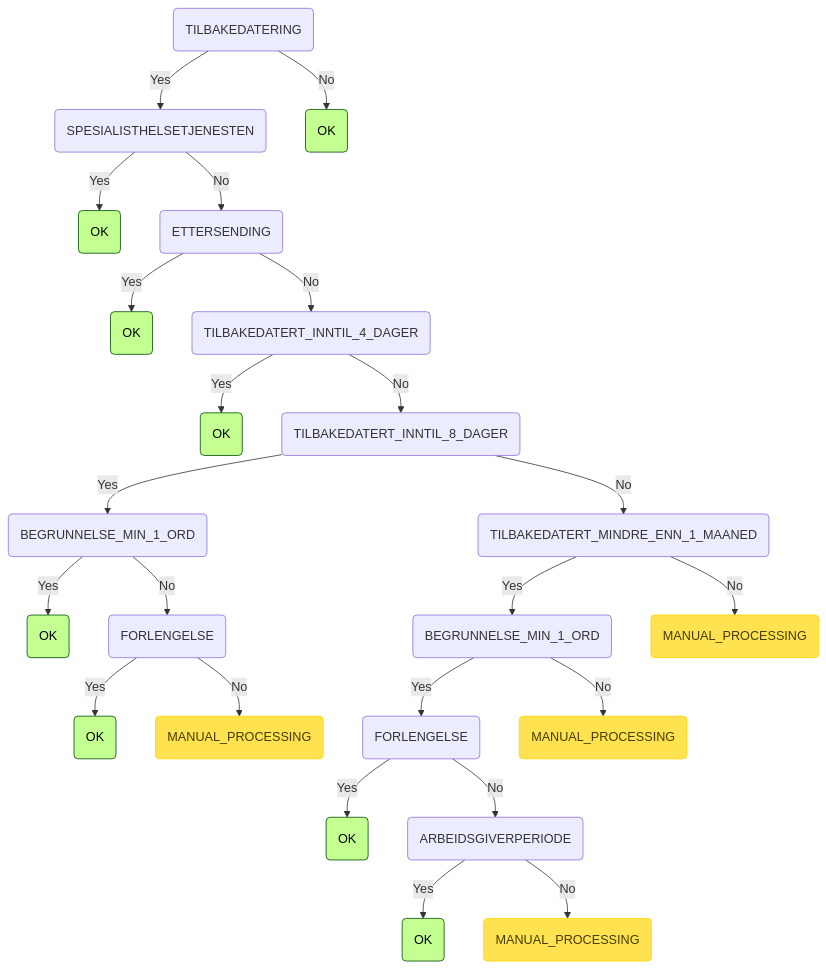
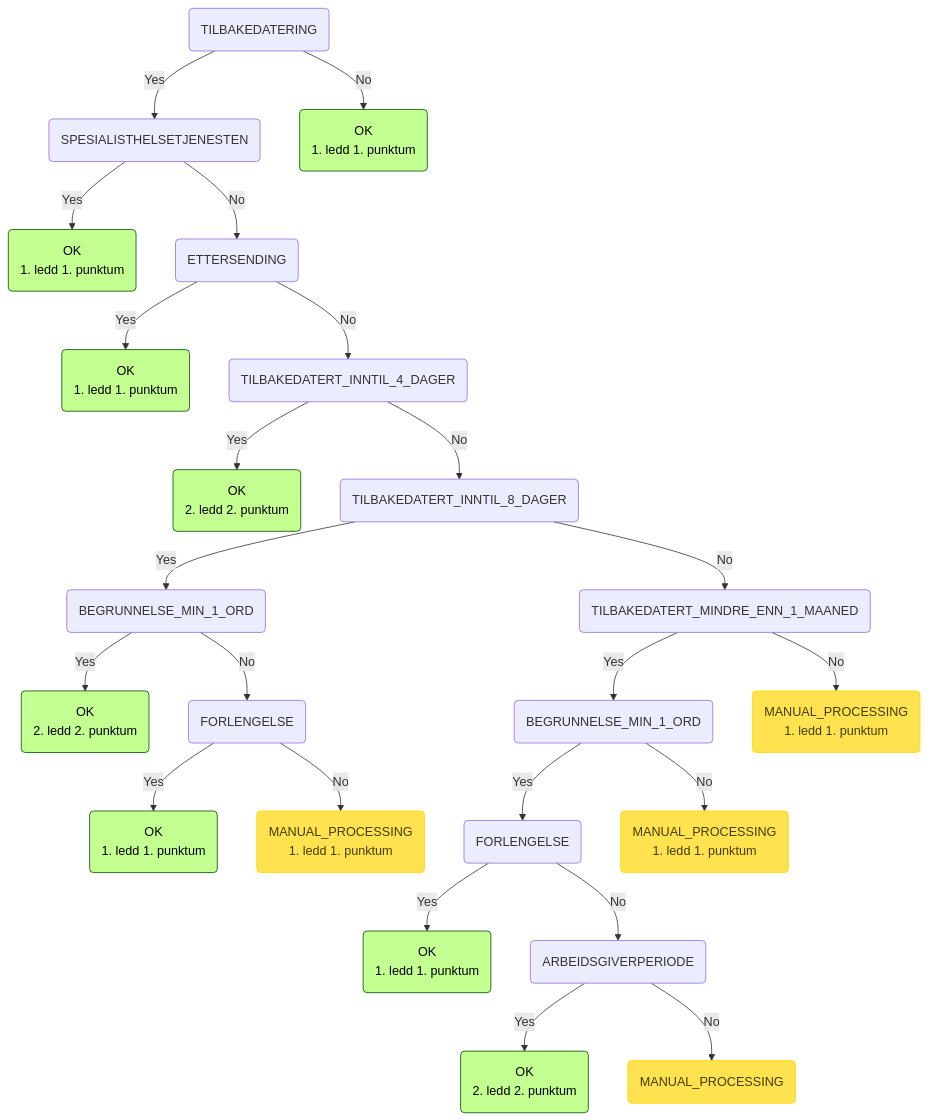
The eighth of 8 diagrams in README.md (navikt/syfosmpapirregler), drawn with Mermaid before and after one commit. The commit also changed other lines of this file and 1 other file, not shown here.

Commit message:
chore: update mermaid

````diff
--- a/README.md
+++ b/README.md
@@ -233,28 +247,35 @@
 ```mermaid
 graph TD
     root(TILBAKEDATERING) -->|Yes| root_TILBAKEDATERING_SPESIALISTHELSETJENESTEN(SPESIALISTHELSETJENESTEN)
-    root_TILBAKEDATERING_SPESIALISTHELSETJENESTEN(SPESIALISTHELSETJENESTEN) -->|Yes| root_TILBAKEDATERING_SPESIALISTHELSETJENESTEN_OK(OK):::ok
+    root_TILBAKEDATERING_SPESIALISTHELSETJENESTEN(SPESIALISTHELSETJENESTEN) -->|Yes| root_TILBAKEDATERING_SPESIALISTHELSETJENESTEN_OK(OK
+1. ledd 1. punktum):::ok
     root_TILBAKEDATERING_SPESIALISTHELSETJENESTEN(SPESIALISTHELSETJENESTEN) -->|No| root_TILBAKEDATERING_SPESIALISTHELSETJENESTEN_ETTERSENDING(ETTERSENDING)
-    root_TILBAKEDATERING_SPESIALISTHELSETJENESTEN_ETTERSENDING(ETTERSENDING) -->|Yes| root_TILBAKEDATERING_SPESIALISTHELSETJENESTEN_ETTERSENDING_OK(OK):::ok
+    root_TILBAKEDATERING_SPESIALISTHELSETJENESTEN_ETTERSENDING(ETTERSENDING) -->|Yes| root_TILBAKEDATERING_SPESIALISTHELSETJENESTEN_ETTERSENDING_OK(OK
+1. ledd 1. punktum):::ok
     root_TILBAKEDATERING_SPESIALISTHELSETJENESTEN_ETTERSENDING(ETTERSENDING) -->|No| root_TILBAKEDATERING_SPESIALISTHELSETJENESTEN_ETTERSENDING_TILBAKEDATERT_INNTIL_4_DAGER(TILBAKEDATERT_INNTIL_4_DAGER)
-    root_TILBAKEDATERING_SPESIALISTHELSETJENESTEN_ETTERSENDING_TILBAKEDATERT_INNTIL_4_DAGER(TILBAKEDATERT_INNTIL_4_DAGER) -->|Yes| root_TILBAKEDATERING_SPESIALISTHELSETJENESTEN_ETTERSENDING_TILBAKEDATERT_INNTIL_4_DAGER_OK(OK):::ok
+    root_TILBAKEDATERING_SPESIALISTHELSETJENESTEN_ETTERSENDING_TILBAKEDATERT_INNTIL_4_DAGER(TILBAKEDATERT_INNTIL_4_DAGER) -->|Yes| root_TILBAKEDATERING_SPESIALISTHELSETJENESTEN_ETTERSENDING_TILBAKEDATERT_INNTIL_4_DAGER_OK(OK
+2. ledd 2. punktum):::ok
     root_TILBAKEDATERING_SPESIALISTHELSETJENESTEN_ETTERSENDING_TILBAKEDATERT_INNTIL_4_DAGER(TILBAKEDATERT_INNTIL_4_DAGER) -->|No| root_TILBAKEDATERING_SPESIALISTHELSETJENESTEN_ETTERSENDING_TILBAKEDATERT_INNTIL_4_DAGER_TILBAKEDATERT_INNTIL_8_DAGER(TILBAKEDATERT_INNTIL_8_DAGER)
     root_TILBAKEDATERING_SPESIALISTHELSETJENESTEN_ETTERSENDING_TILBAKEDATERT_INNTIL_4_DAGER_TILBAKEDATERT_INNTIL_8_DAGER(TILBAKEDATERT_INNTIL_8_DAGER) -->|Yes| root_TILBAKEDATERING_SPESIALISTHELSETJENESTEN_ETTERSENDING_TILBAKEDATERT_INNTIL_4_DAGER_TILBAKEDATERT_INNTIL_8_DAGER_BEGRUNNELSE_MIN_1_ORD(BEGRUNNELSE_MIN_1_ORD)
-    root_TILBAKEDATERING_SPESIALISTHELSETJENESTEN_ETTERSENDING_TILBAKEDATERT_INNTIL_4_DAGER_TILBAKEDATERT_INNTIL_8_DAGER_BEGRUNNELSE_MIN_1_ORD(BEGRUNNELSE_MIN_1_ORD) -->|Yes| root_TILBAKEDATERING_SPESIALISTHELSETJENESTEN_ETTERSENDING_TILBAKEDATERT_INNTIL_4_DAGER_TILBAKEDATERT_INNTIL_8_DAGER_BEGRUNNELSE_MIN_1_ORD_OK(OK):::ok
+    root_TILBAKEDATERING_SPESIALISTHELSETJENESTEN_ETTERSENDING_TILBAKEDATERT_INNTIL_4_DAGER_TILBAKEDATERT_INNTIL_8_DAGER_BEGRUNNELSE_MIN_1_ORD(BEGRUNNELSE_MIN_1_ORD) -->|Yes| root_TILBAKEDATERING_SPESIALISTHELSETJENESTEN_ETTERSENDING_TILBAKEDATERT_INNTIL_4_DAGER_TILBAKEDATERT_INNTIL_8_DAGER_BEGRUNNELSE_MIN_1_ORD_OK(OK
+2. ledd 2. punktum):::ok
     root_TILBAKEDATERING_SPESIALISTHELSETJENESTEN_ETTERSENDING_TILBAKEDATERT_INNTIL_4_DAGER_TILBAKEDATERT_INNTIL_8_DAGER_BEGRUNNELSE_MIN_1_ORD(BEGRUNNELSE_MIN_1_ORD) -->|No| root_TILBAKEDATERING_SPESIALISTHELSETJENESTEN_ETTERSENDING_TILBAKEDATERT_INNTIL_4_DAGER_TILBAKEDATERT_INNTIL_8_DAGER_BEGRUNNELSE_MIN_1_ORD_FORLENGELSE(FORLENGELSE)
-    root_TILBAKEDATERING_SPESIALISTHELSETJENESTEN_ETTERSENDING_TILBAKEDATERT_INNTIL_4_DAGER_TILBAKEDATERT_INNTIL_8_DAGER_BEGRUNNELSE_MIN_1_ORD_FORLENGELSE(FORLENGELSE) -->|Yes| root_TILBAKEDATERING_SPESIALISTHELSETJENESTEN_ETTERSENDING_TILBAKEDATERT_INNTIL_4_DAGER_TILBAKEDATERT_INNTIL_8_DAGER_BEGRUNNELSE_MIN_1_ORD_FORLENGELSE_OK(OK):::ok
-    root_TILBAKEDATERING_SPESIALISTHELSETJENESTEN_ETTERSENDING_TILBAKEDATERT_INNTIL_4_DAGER_TILBAKEDATERT_INNTIL_8_DAGER_BEGRUNNELSE_MIN_1_ORD_FORLENGELSE(FORLENGELSE) -->|No| root_TILBAKEDATERING_SPESIALISTHELSETJENESTEN_ETTERSENDING_TILBAKEDATERT_INNTIL_4_DAGER_TILBAKEDATERT_INNTIL_8_DAGER_BEGRUNNELSE_MIN_1_ORD_FORLENGELSE_MANUAL_PROCESSING(MANUAL_PROCESSING):::manuell
+    root_TILBAKEDATERING_SPESIALISTHELSETJENESTEN_ETTERSENDING_TILBAKEDATERT_INNTIL_4_DAGER_TILBAKEDATERT_INNTIL_8_DAGER_BEGRUNNELSE_MIN_1_ORD_FORLENGELSE(FORLENGELSE) -->|Yes| root_TILBAKEDATERING_SPESIALISTHELSETJENESTEN_ETTERSENDING_TILBAKEDATERT_INNTIL_4_DAGER_TILBAKEDATERT_INNTIL_8_DAGER_BEGRUNNELSE_MIN_1_ORD_FORLENGELSE_OK(OK
+1. ledd 1. punktum):::ok
+    root_TILBAKEDATERING_SPESIALISTHELSETJENESTEN_ETTERSENDING_TILBAKEDATERT_INNTIL_4_DAGER_TILBAKEDATERT_INNTIL_8_DAGER_BEGRUNNELSE_MIN_1_ORD_FORLENGELSE(FORLENGELSE) -->|No| root_TILBAKEDATERING_SPESIALISTHELSETJENESTEN_ETTERSENDING_TILBAKEDATERT_INNTIL_4_DAGER_TILBAKEDATERT_INNTIL_8_DAGER_BEGRUNNELSE_MIN_1_ORD_FORLENGELSE_MANUAL_PROCESSING(MANUAL_PROCESSING <br/>1. ledd 1. punktum):::manuell
     root_TILBAKEDATERING_SPESIALISTHELSETJENESTEN_ETTERSENDING_TILBAKEDATERT_INNTIL_4_DAGER_TILBAKEDATERT_INNTIL_8_DAGER(TILBAKEDATERT_INNTIL_8_DAGER) -->|No| root_TILBAKEDATERING_SPESIALISTHELSETJENESTEN_ETTERSENDING_TILBAKEDATERT_INNTIL_4_DAGER_TILBAKEDATERT_INNTIL_8_DAGER_TILBAKEDATERT_MINDRE_ENN_1_MAANED(TILBAKEDATERT_MINDRE_ENN_1_MAANED)
     root_TILBAKEDATERING_SPESIALISTHELSETJENESTEN_ETTERSENDING_TILBAKEDATERT_INNTIL_4_DAGER_TILBAKEDATERT_INNTIL_8_DAGER_TILBAKEDATERT_MINDRE_ENN_1_MAANED(TILBAKEDATERT_MINDRE_ENN_1_MAANED) -->|Yes| root_TILBAKEDATERING_SPESIALISTHELSETJENESTEN_ETTERSENDING_TILBAKEDATERT_INNTIL_4_DAGER_TILBAKEDATERT_INNTIL_8_DAGER_TILBAKEDATERT_MINDRE_ENN_1_MAANED_BEGRUNNELSE_MIN_1_ORD(BEGRUNNELSE_MIN_1_ORD)
     root_TILBAKEDATERING_SPESIALISTHELSETJENESTEN_ETTERSENDING_TILBAKEDATERT_INNTIL_4_DAGER_TILBAKEDATERT_INNTIL_8_DAGER_TILBAKEDATERT_MINDRE_ENN_1_MAANED_BEGRUNNELSE_MIN_1_ORD(BEGRUNNELSE_MIN_1_ORD) -->|Yes| root_TILBAKEDATERING_SPESIALISTHELSETJENESTEN_ETTERSENDING_TILBAKEDATERT_INNTIL_4_DAGER_TILBAKEDATERT_INNTIL_8_DAGER_TILBAKEDATERT_MINDRE_ENN_1_MAANED_BEGRUNNELSE_MIN_1_ORD_FORLENGELSE(FORLENGELSE)
-    root_TILBAKEDATERING_SPESIALISTHELSETJENESTEN_ETTERSENDING_TILBAKEDATERT_INNTIL_4_DAGER_TILBAKEDATERT_INNTIL_8_DAGER_TILBAKEDATERT_MINDRE_ENN_1_MAANED_BEGRUNNELSE_MIN_1_ORD_FORLENGELSE(FORLENGELSE) -->|Yes| root_TILBAKEDATERING_SPESIALISTHELSETJENESTEN_ETTERSENDING_TILBAKEDATERT_INNTIL_4_DAGER_TILBAKEDATERT_INNTIL_8_DAGER_TILBAKEDATERT_MINDRE_ENN_1_MAANED_BEGRUNNELSE_MIN_1_ORD_FORLENGELSE_OK(OK):::ok
+    root_TILBAKEDATERING_SPESIALISTHELSETJENESTEN_ETTERSENDING_TILBAKEDATERT_INNTIL_4_DAGER_TILBAKEDATERT_INNTIL_8_DAGER_TILBAKEDATERT_MINDRE_ENN_1_MAANED_BEGRUNNELSE_MIN_1_ORD_FORLENGELSE(FORLENGELSE) -->|Yes| root_TILBAKEDATERING_SPESIALISTHELSETJENESTEN_ETTERSENDING_TILBAKEDATERT_INNTIL_4_DAGER_TILBAKEDATERT_INNTIL_8_DAGER_TILBAKEDATERT_MINDRE_ENN_1_MAANED_BEGRUNNELSE_MIN_1_ORD_FORLENGELSE_OK(OK
+1. ledd 1. punktum):::ok
     root_TILBAKEDATERING_SPESIALISTHELSETJENESTEN_ETTERSENDING_TILBAKEDATERT_INNTIL_4_DAGER_TILBAKEDATERT_INNTIL_8_DAGER_TILBAKEDATERT_MINDRE_ENN_1_MAANED_BEGRUNNELSE_MIN_1_ORD_FORLENGELSE(FORLENGELSE) -->|No| root_TILBAKEDATERING_SPESIALISTHELSETJENESTEN_ETTERSENDING_TILBAKEDATERT_INNTIL_4_DAGER_TILBAKEDATERT_INNTIL_8_DAGER_TILBAKEDATERT_MINDRE_ENN_1_MAANED_BEGRUNNELSE_MIN_1_ORD_FORLENGELSE_ARBEIDSGIVERPERIODE(ARBEIDSGIVERPERIODE)
-    root_TILBAKEDATERING_SPESIALISTHELSETJENESTEN_ETTERSENDING_TILBAKEDATERT_INNTIL_4_DAGER_TILBAKEDATERT_INNTIL_8_DAGER_TILBAKEDATERT_MINDRE_ENN_1_MAANED_BEGRUNNELSE_MIN_1_ORD_FORLENGELSE_ARBEIDSGIVERPERIODE(ARBEIDSGIVERPERIODE) -->|Yes| root_TILBAKEDATERING_SPESIALISTHELSETJENESTEN_ETTERSENDING_TILBAKEDATERT_INNTIL_4_DAGER_TILBAKEDATERT_INNTIL_8_DAGER_TILBAKEDATERT_MINDRE_ENN_1_MAANED_BEGRUNNELSE_MIN_1_ORD_FORLENGELSE_ARBEIDSGIVERPERIODE_OK(OK):::ok
-    root_TILBAKEDATERING_SPESIALISTHELSETJENESTEN_ETTERSENDING_TILBAKEDATERT_INNTIL_4_DAGER_TILBAKEDATERT_INNTIL_8_DAGER_TILBAKEDATERT_MINDRE_ENN_1_MAANED_BEGRUNNELSE_MIN_1_ORD_FORLENGELSE_ARBEIDSGIVERPERIODE(ARBEIDSGIVERPERIODE) -->|No| root_TILBAKEDATERING_SPESIALISTHELSETJENESTEN_ETTERSENDING_TILBAKEDATERT_INNTIL_4_DAGER_TILBAKEDATERT_INNTIL_8_DAGER_TILBAKEDATERT_MINDRE_ENN_1_MAANED_BEGRUNNELSE_MIN_1_ORD_FORLENGELSE_ARBEIDSGIVERPERIODE_MANUAL_PROCESSING(MANUAL_PROCESSING):::manuell
-    root_TILBAKEDATERING_SPESIALISTHELSETJENESTEN_ETTERSENDING_TILBAKEDATERT_INNTIL_4_DAGER_TILBAKEDATERT_INNTIL_8_DAGER_TILBAKEDATERT_MINDRE_ENN_1_MAANED_BEGRUNNELSE_MIN_1_ORD(BEGRUNNELSE_MIN_1_ORD) -->|No| root_TILBAKEDATERING_SPESIALISTHELSETJENESTEN_ETTERSENDING_TILBAKEDATERT_INNTIL_4_DAGER_TILBAKEDATERT_INNTIL_8_DAGER_TILBAKEDATERT_MINDRE_ENN_1_MAANED_BEGRUNNELSE_MIN_1_ORD_MANUAL_PROCESSING(MANUAL_PROCESSING):::manuell
-    root_TILBAKEDATERING_SPESIALISTHELSETJENESTEN_ETTERSENDING_TILBAKEDATERT_INNTIL_4_DAGER_TILBAKEDATERT_INNTIL_8_DAGER_TILBAKEDATERT_MINDRE_ENN_1_MAANED(TILBAKEDATERT_MINDRE_ENN_1_MAANED) -->|No| root_TILBAKEDATERING_SPESIALISTHELSETJENESTEN_ETTERSENDING_TILBAKEDATERT_INNTIL_4_DAGER_TILBAKEDATERT_INNTIL_8_DAGER_TILBAKEDATERT_MINDRE_ENN_1_MAANED_MANUAL_PROCESSING(MANUAL_PROCESSING):::manuell
-    root(TILBAKEDATERING) -->|No| root_TILBAKEDATERING_OK(OK):::ok
+    root_TILBAKEDATERING_SPESIALISTHELSETJENESTEN_ETTERSENDING_TILBAKEDATERT_INNTIL_4_DAGER_TILBAKEDATERT_INNTIL_8_DAGER_TILBAKEDATERT_MINDRE_ENN_1_MAANED_BEGRUNNELSE_MIN_1_ORD_FORLENGELSE_ARBEIDSGIVERPERIODE(ARBEIDSGIVERPERIODE) -->|Yes| root_TILBAKEDATERING_SPESIALISTHELSETJENESTEN_ETTERSENDING_TILBAKEDATERT_INNTIL_4_DAGER_TILBAKEDATERT_INNTIL_8_DAGER_TILBAKEDATERT_MINDRE_ENN_1_MAANED_BEGRUNNELSE_MIN_1_ORD_FORLENGELSE_ARBEIDSGIVERPERIODE_OK(OK
+2. ledd 2. punktum):::ok
+    root_TILBAKEDATERING_SPESIALISTHELSETJENESTEN_ETTERSENDING_TILBAKEDATERT_INNTIL_4_DAGER_TILBAKEDATERT_INNTIL_8_DAGER_TILBAKEDATERT_MINDRE_ENN_1_MAANED_BEGRUNNELSE_MIN_1_ORD_FORLENGELSE_ARBEIDSGIVERPERIODE(ARBEIDSGIVERPERIODE) -->|No| root_TILBAKEDATERING_SPESIALISTHELSETJENESTEN_ETTERSENDING_TILBAKEDATERT_INNTIL_4_DAGER_TILBAKEDATERT_INNTIL_8_DAGER_TILBAKEDATERT_MINDRE_ENN_1_MAANED_BEGRUNNELSE_MIN_1_ORD_FORLENGELSE_ARBEIDSGIVERPERIODE_MANUAL_PROCESSING(MANUAL_PROCESSING <br/>):::manuell
+    root_TILBAKEDATERING_SPESIALISTHELSETJENESTEN_ETTERSENDING_TILBAKEDATERT_INNTIL_4_DAGER_TILBAKEDATERT_INNTIL_8_DAGER_TILBAKEDATERT_MINDRE_ENN_1_MAANED_BEGRUNNELSE_MIN_1_ORD(BEGRUNNELSE_MIN_1_ORD) -->|No| root_TILBAKEDATERING_SPESIALISTHELSETJENESTEN_ETTERSENDING_TILBAKEDATERT_INNTIL_4_DAGER_TILBAKEDATERT_INNTIL_8_DAGER_TILBAKEDATERT_MINDRE_ENN_1_MAANED_BEGRUNNELSE_MIN_1_ORD_MANUAL_PROCESSING(MANUAL_PROCESSING <br/>1. ledd 1. punktum):::manuell
+    root_TILBAKEDATERING_SPESIALISTHELSETJENESTEN_ETTERSENDING_TILBAKEDATERT_INNTIL_4_DAGER_TILBAKEDATERT_INNTIL_8_DAGER_TILBAKEDATERT_MINDRE_ENN_1_MAANED(TILBAKEDATERT_MINDRE_ENN_1_MAANED) -->|No| root_TILBAKEDATERING_SPESIALISTHELSETJENESTEN_ETTERSENDING_TILBAKEDATERT_INNTIL_4_DAGER_TILBAKEDATERT_INNTIL_8_DAGER_TILBAKEDATERT_MINDRE_ENN_1_MAANED_MANUAL_PROCESSING(MANUAL_PROCESSING <br/>1. ledd 1. punktum):::manuell
+    root(TILBAKEDATERING) -->|No| root_TILBAKEDATERING_OK(OK <br/>1. ledd 1. punktum):::ok
     classDef ok fill:#c3ff91,stroke:#004a00,color: black;
     classDef invalid fill:#ff7373,stroke:#ff0000,color: black;
     classDef manuell fill:#ffe24f,stroke:#ffd500,color: #473c00;
 ```
````
